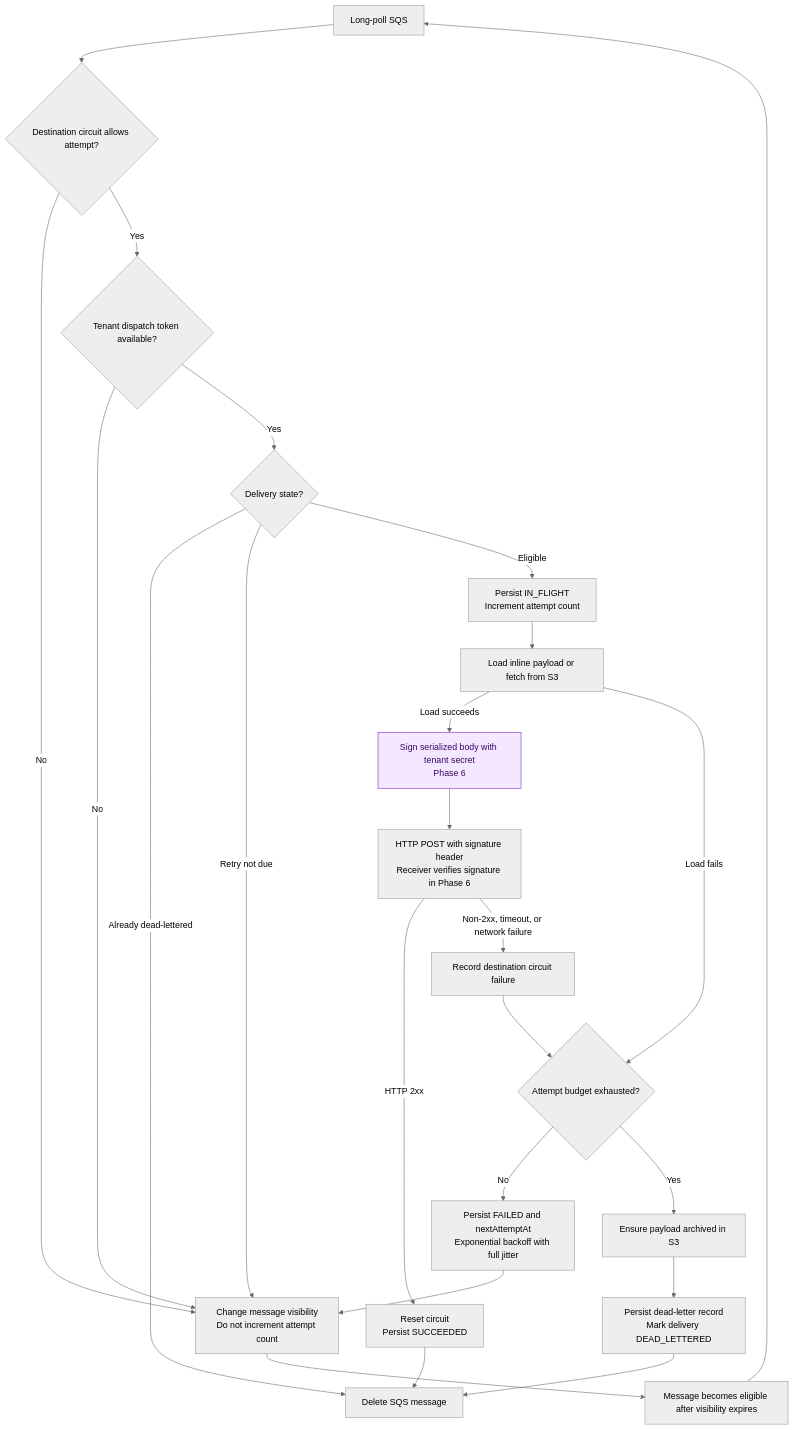
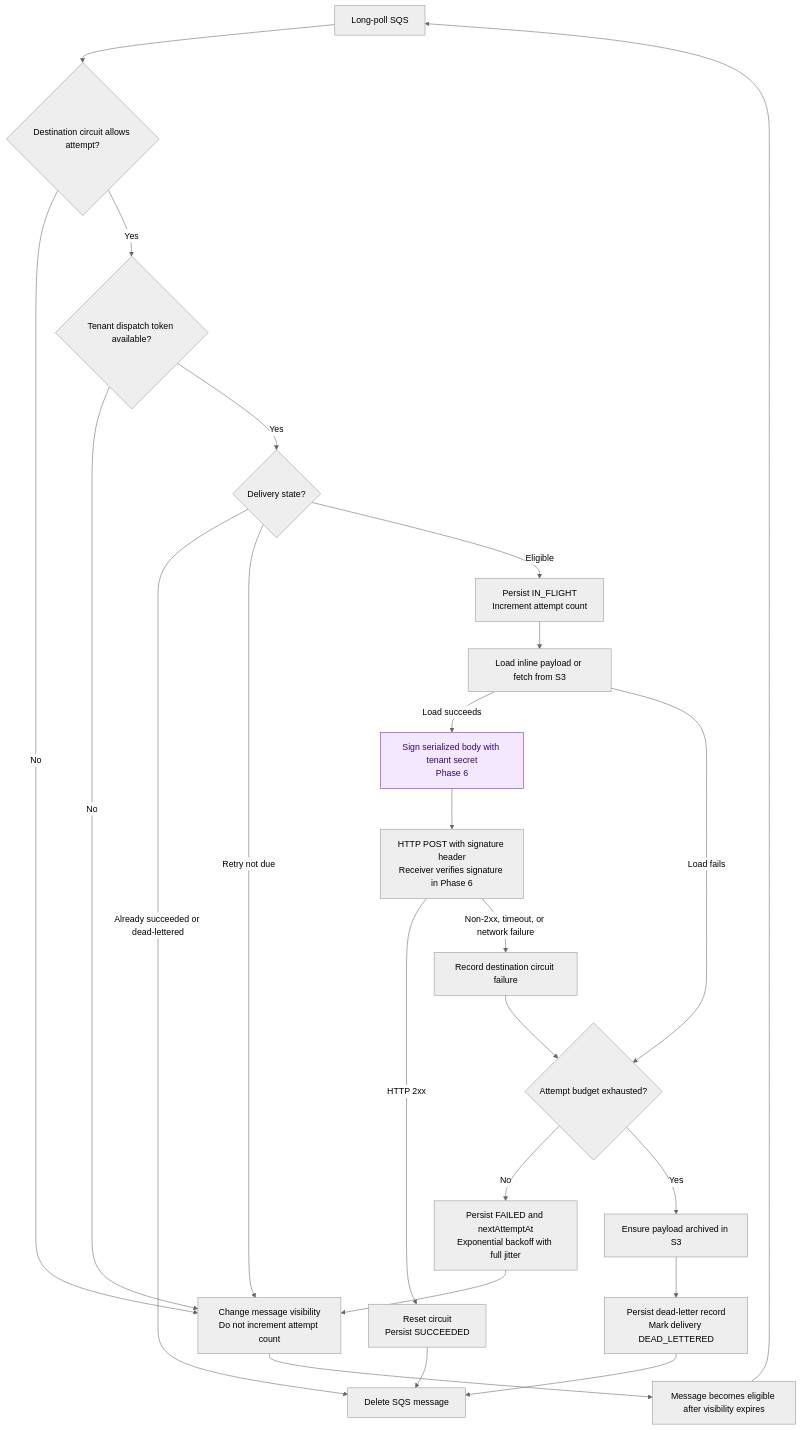
Before and after one commit to shreya-mishra325/waybill: the third of 4 diagrams in docs/waybill-architecture.md, drawn with Mermaid (neutral theme). The commit also changed other lines of this file and 15 other files, not shown here.

````diff
--- a/docs/waybill-architecture.md
+++ b/docs/waybill-architecture.md
@@ -121,29 +121,29 @@
 ```mermaid
 flowchart TD
   receive["Long-poll SQS"] --> circuit{"Destination circuit allows attempt?"}
   circuit -->|"No"| defer["Change message visibility<br/>Do not increment attempt count"]
   circuit -->|"Yes"| tokens{"Tenant dispatch token available?"}
   tokens -->|"No"| defer
   tokens -->|"Yes"| state{"Delivery state?"}
-  state -->|"Already dead-lettered"| remove["Delete SQS message"]
+  state -->|"Already succeeded or dead-lettered"| remove["Delete SQS message"]
   state -->|"Retry not due"| defer
   state -->|"Eligible"| attempt["Persist IN_FLIGHT<br/>Increment attempt count"]
   attempt --> payload["Load inline payload or fetch from S3"]
   payload -->|"Load succeeds"| sign["Sign serialized body with tenant secret<br/>Phase 6"]
   payload -->|"Load fails"| exhausted{"Attempt budget exhausted?"}
   sign --> post["HTTP POST with signature header<br/>Receiver verifies signature in Phase 6"]
   post -->|"HTTP 2xx"| success["Reset circuit<br/>Persist SUCCEEDED"]
   success --> remove
   post -->|"Non-2xx, timeout, or network failure"| failure["Record destination circuit failure"]
   failure --> exhausted
   exhausted -->|"No"| retry["Persist FAILED and nextAttemptAt<br/>Exponential backoff with full jitter"]
   retry --> defer
   exhausted -->|"Yes"| archive["Ensure payload archived in S3"]
   archive --> dead["Persist dead-letter record<br/>Mark delivery DEAD_LETTERED"]
   dead --> remove
   defer --> later["Message becomes eligible after visibility expires"]
   later --> receive
 
   classDef planned fill:#f3e8ff,stroke:#7e22ce,color:#3b0764;
   class sign planned;
 ```
````
